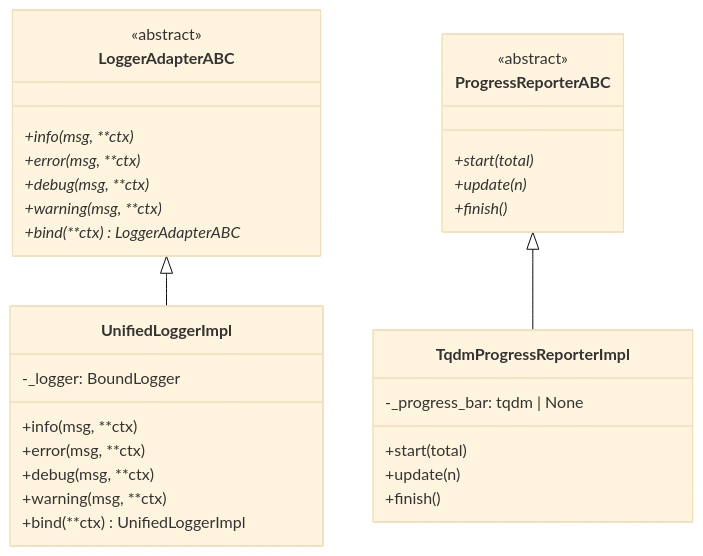
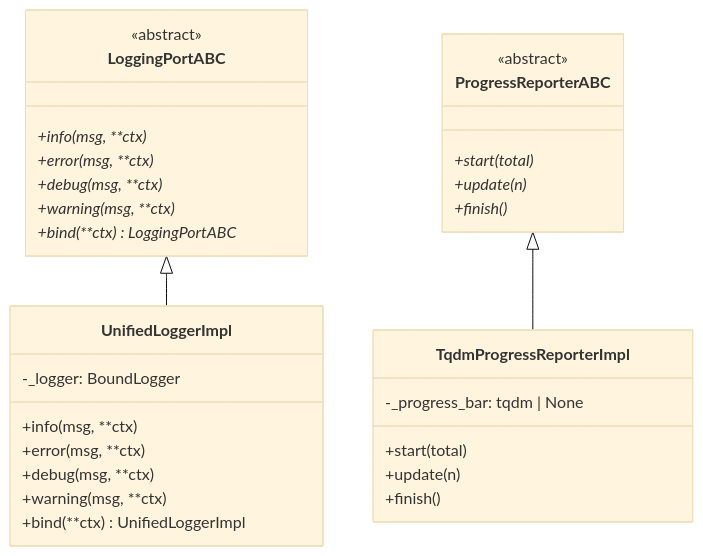
One commit to SatoryKono/BioactivityDataAcquisition changed the sixth of 9 diagrams in docs/architecture/15-class-diagrams-infrastructure.md. Above: the diagram before and after it, drawn with Mermaid (base theme). The commit also changed 24 other files, not shown here.

````diff
--- a/docs/architecture/15-class-diagrams-infrastructure.md
+++ b/docs/architecture/15-class-diagrams-infrastructure.md
@@ -238,37 +238,37 @@
 ```mermaid
 classDiagram
-    class LoggerAdapterABC {
+    class LoggingPortABC {
         <<abstract>>
         +info(msg, **ctx)*
         +error(msg, **ctx)*
         +debug(msg, **ctx)*
         +warning(msg, **ctx)*
-        +bind(**ctx)* LoggerAdapterABC
+        +bind(**ctx)* LoggingPortABC
     }
 
     class UnifiedLoggerImpl {
         -_logger: BoundLogger
         +info(msg, **ctx)
         +error(msg, **ctx)
         +debug(msg, **ctx)
         +warning(msg, **ctx)
         +bind(**ctx) UnifiedLoggerImpl
     }
 
     class ProgressReporterABC {
         <<abstract>>
         +start(total)*
         +update(n)*
         +finish()*
     }
 
     class TqdmProgressReporterImpl {
         -_progress_bar: tqdm | None
         +start(total)
         +update(n)
         +finish()
     }
 
-    LoggerAdapterABC <|-- UnifiedLoggerImpl
+    LoggingPortABC <|-- UnifiedLoggerImpl
     ProgressReporterABC <|-- TqdmProgressReporterImpl
 ```
````
